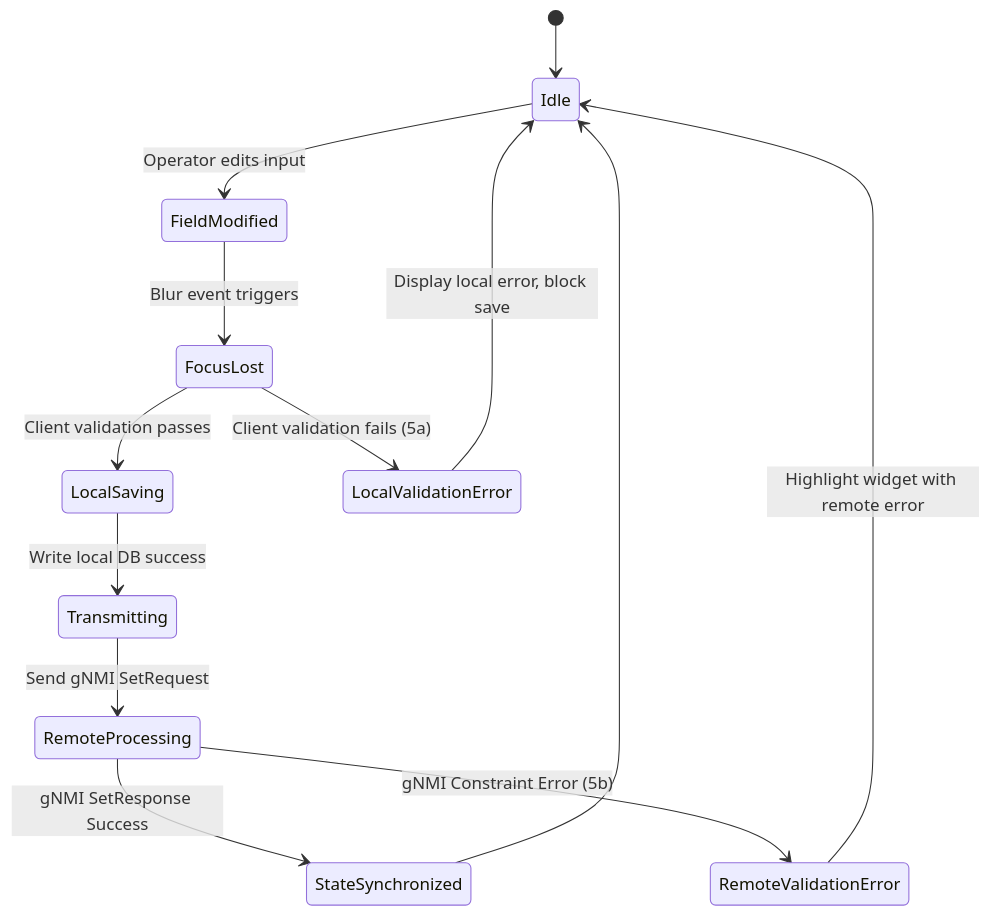
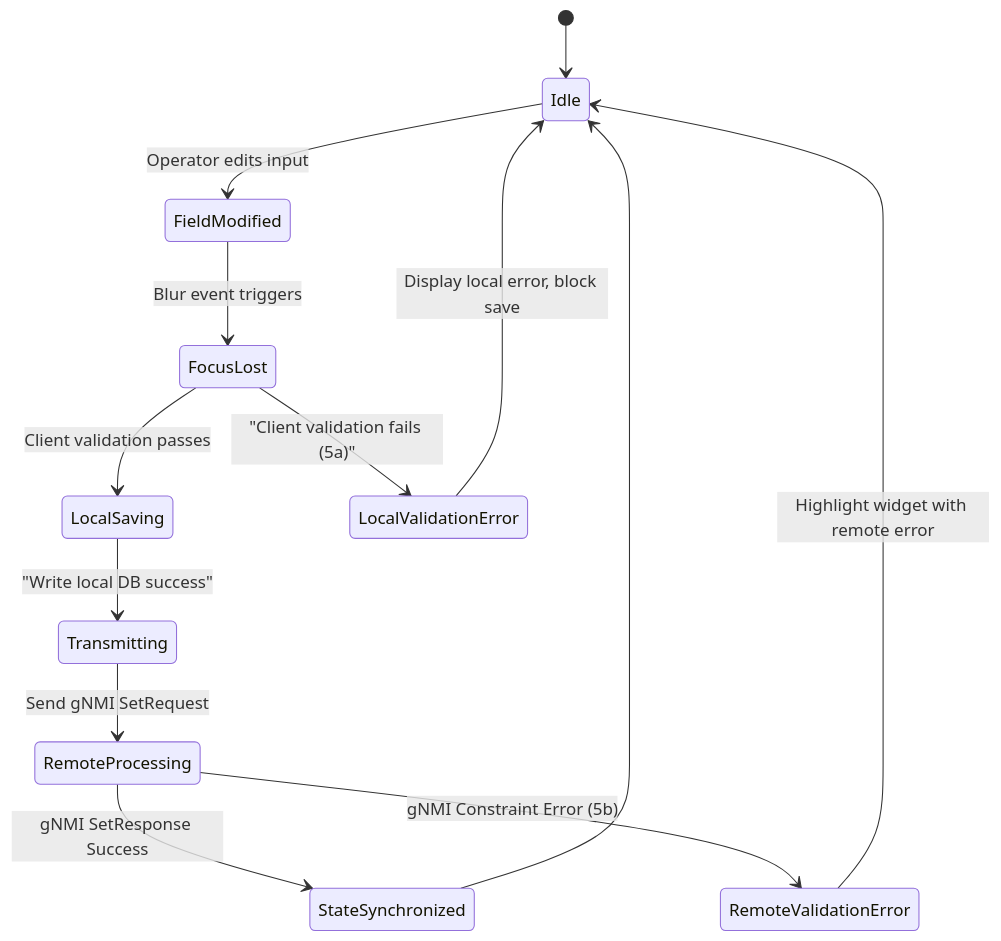
Before and after one commit to gintatkinson/digital-pipeline-repo: the second of 2 diagrams in .pipeline/domain_specs/uc-06-device-state-modification.md, drawn with Mermaid. The commit also changed 10 other files, not shown here.

````diff
--- a/.pipeline/domain_specs/uc-06-device-state-modification.md
+++ b/.pipeline/domain_specs/uc-06-device-state-modification.md
@@ -60,15 +60,15 @@
 ```mermaid
 stateDiagram-v2
     [*] --> Idle
     Idle --> FieldModified : Operator edits input
     FieldModified --> FocusLost : Blur event triggers
     FocusLost --> LocalSaving : Client validation passes
-    FocusLost --> LocalValidationError : Client validation fails (5a)
+    FocusLost --> LocalValidationError : "Client validation fails (5a)"
     LocalValidationError --> Idle : Display local error, block save
-    LocalSaving --> Transmitting : Write local DB success
+    LocalSaving --> Transmitting : "Write local DB success"
     Transmitting --> RemoteProcessing : Send gNMI SetRequest
     RemoteProcessing --> StateSynchronized : gNMI SetResponse Success
     RemoteProcessing --> RemoteValidationError : gNMI Constraint Error (5b)
     RemoteValidationError --> Idle : Highlight widget with remote error
     StateSynchronized --> Idle
 ```
````
